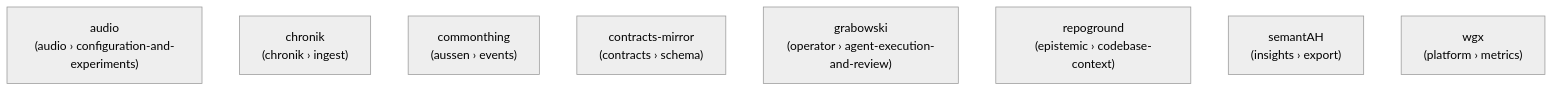
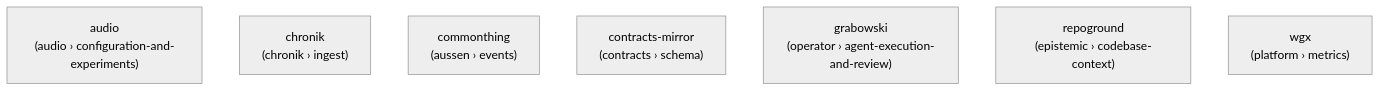
Before and after one commit to heimgewebe/metarepo: the diagram in docs/org-graph.mmd, drawn with Mermaid (neutral theme). The commit also changed 12 other files, not shown here.

```diff
--- a/docs/org-graph.mmd
+++ b/docs/org-graph.mmd
@@ -1,11 +1,10 @@
 %% Org dependency graph
 %% Generated by scripts/generate_org_assets.py; do not edit manually.
 graph TD
     audio["audio\n(audio › configuration-and-experiments)"]
     chronik["chronik\n(chronik › ingest)"]
     commonthing["commonthing\n(aussen › events)"]
     contracts_mirror["contracts-mirror\n(contracts › schema)"]
     grabowski["grabowski\n(operator › agent-execution-and-review)"]
     repoground["repoground\n(epistemic › codebase-context)"]
-    semantAH["semantAH\n(insights › export)"]
     wgx["wgx\n(platform › metrics)"]
```
